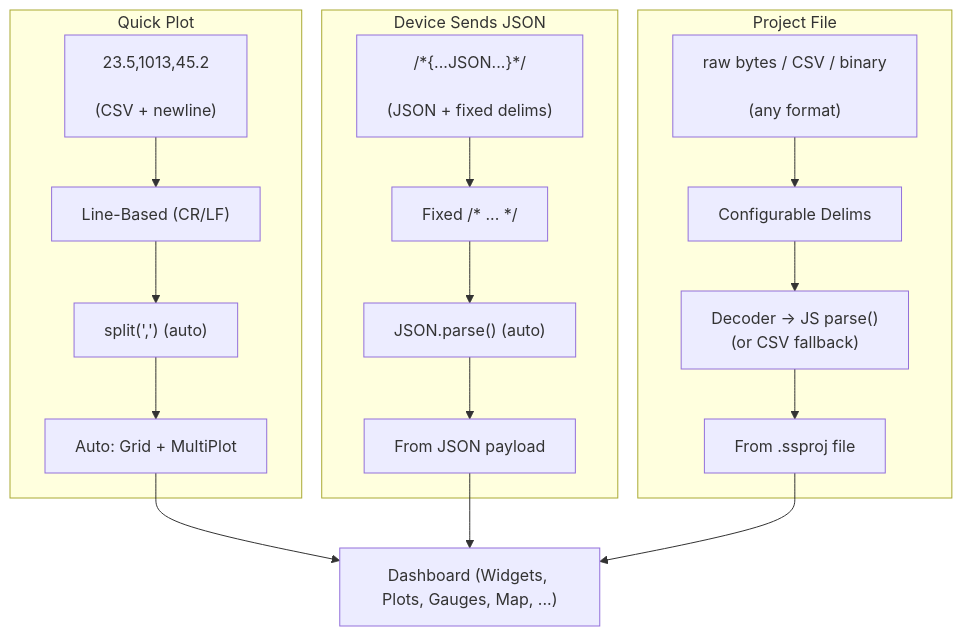
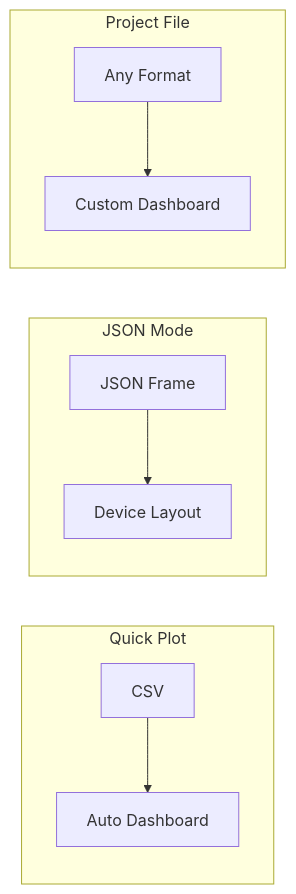
One commit to Serial-Studio/Serial-Studio changed the diagram in doc/help/Operation-Modes.md. Above: the diagram before and after it, drawn with Mermaid. The commit also changed 11 other files, not shown here.

````diff
--- a/doc/help/Operation-Modes.md
+++ b/doc/help/Operation-Modes.md
@@ -15,30 +15,12 @@
 ```mermaid
-flowchart TD
+flowchart LR
     subgraph QP["Quick Plot"]
-        QP1["23.5,1013,45.2\n\n(CSV + newline)"]
-        QP2["Line-Based (CR/LF)"]
-        QP3["split(',') (auto)"]
-        QP4["Auto: Grid + MultiPlot"]
-        QP1 --> QP2 --> QP3 --> QP4
+        Q1["CSV"] --> Q2["Auto Dashboard"]
     end
-
-    subgraph JSON["Device Sends JSON"]
-        JSON1["/*{...JSON...}*/\n\n(JSON + fixed delims)"]
-        JSON2["Fixed /* ... */"]
-        JSON3["JSON.parse() (auto)"]
-        JSON4["From JSON payload"]
-        JSON1 --> JSON2 --> JSON3 --> JSON4
+    subgraph JSON["JSON Mode"]
+        J1["JSON Frame"] --> J2["Device Layout"]
     end
-
     subgraph PF["Project File"]
-        PF1["raw bytes / CSV / binary\n\n(any format)"]
-        PF2["Configurable Delims"]
-        PF3["Decoder → JS parse()\n(or CSV fallback)"]
-        PF4["From .ssproj file"]
-        PF1 --> PF2 --> PF3 --> PF4
+        P1["Any Format"] --> P2["Custom Dashboard"]
     end
-
-    QP4 --> Dashboard
-    JSON4 --> Dashboard
-    PF4 --> Dashboard["Dashboard (Widgets, Plots, Gauges, Map, ...)"]
 ```
````
